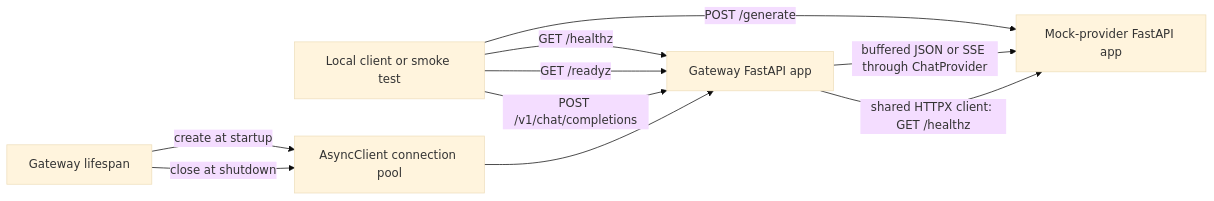
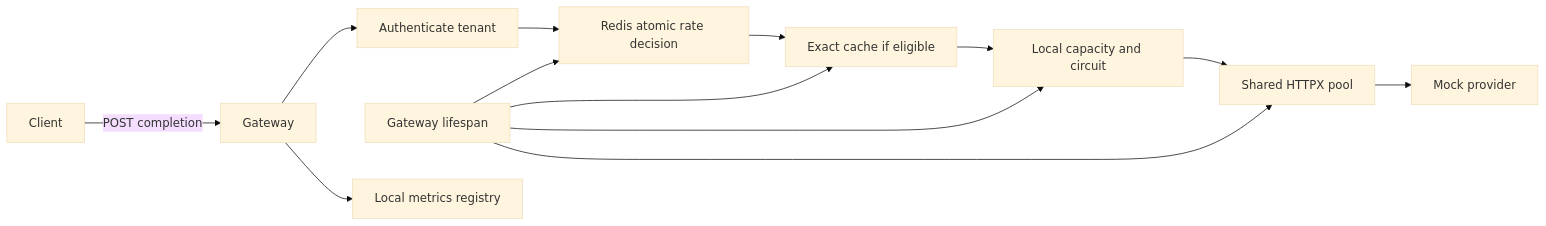
One commit to ompatelz/SwitchBoard changed the diagram in docs/architecture.md. Above: the diagram before and after it, drawn with Mermaid (base theme). The commit also changed other lines of this file and 12 other files, not shown here.

````diff
--- a/docs/architecture.md
+++ b/docs/architecture.md
@@ -49,12 +50,15 @@
 ```mermaid
 flowchart LR
-    C[Local client or smoke test] -->|GET /healthz| G[Gateway FastAPI app]
-    C -->|GET /readyz| G
-    C -->|POST /generate| M[Mock-provider FastAPI app]
-    C -->|POST /v1/chat/completions| G
-    G -->|buffered JSON or SSE through ChatProvider| M
-    G -->|shared HTTPX client: GET /healthz| M
-    L[Gateway lifespan] -->|create at startup| H[AsyncClient connection pool]
-    H --> G
-    L -->|close at shutdown| H
+    C[Client] -->|POST completion| G[Gateway]
+    G --> A[Authenticate tenant]
+    A --> R[Redis atomic rate decision]
+    R --> K[Exact cache if eligible]
+    K --> P[Local capacity and circuit]
+    P --> H[Shared HTTPX pool]
+    H --> M[Mock provider]
+    L[Gateway lifespan] --> H
+    L --> R
+    L --> K
+    L --> P
+    G --> T[Local metrics registry]
 ```
````
